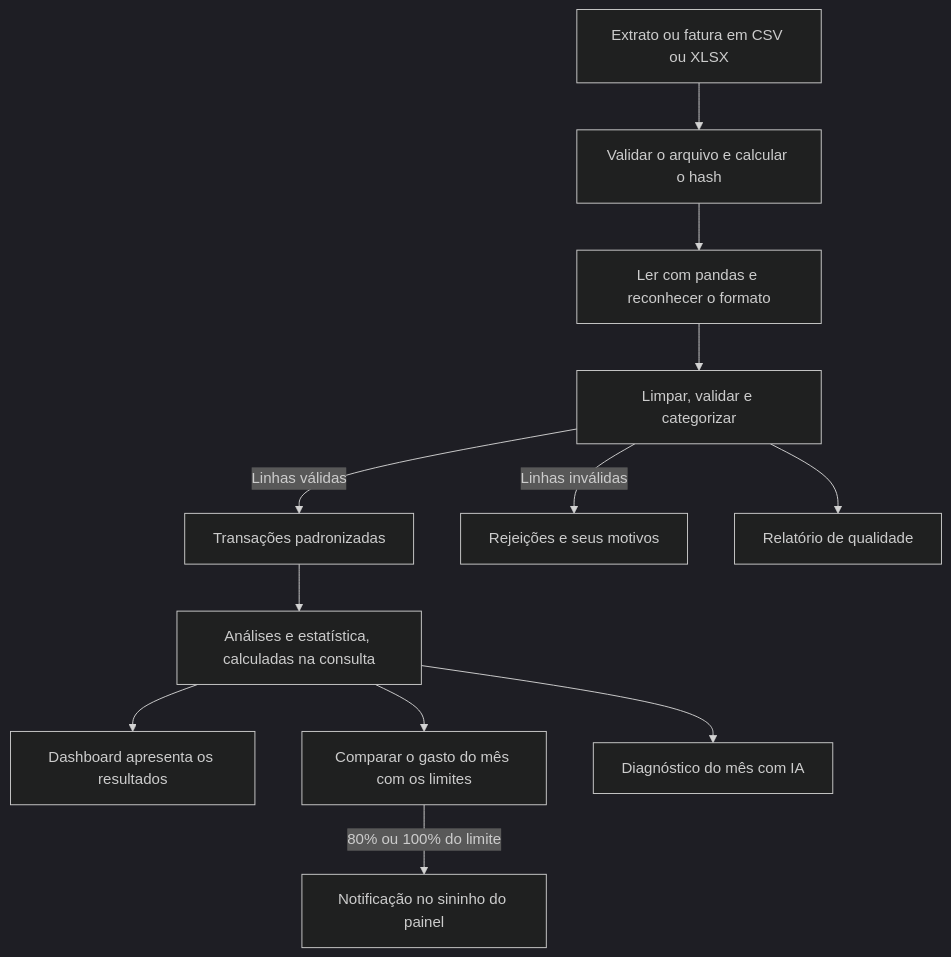
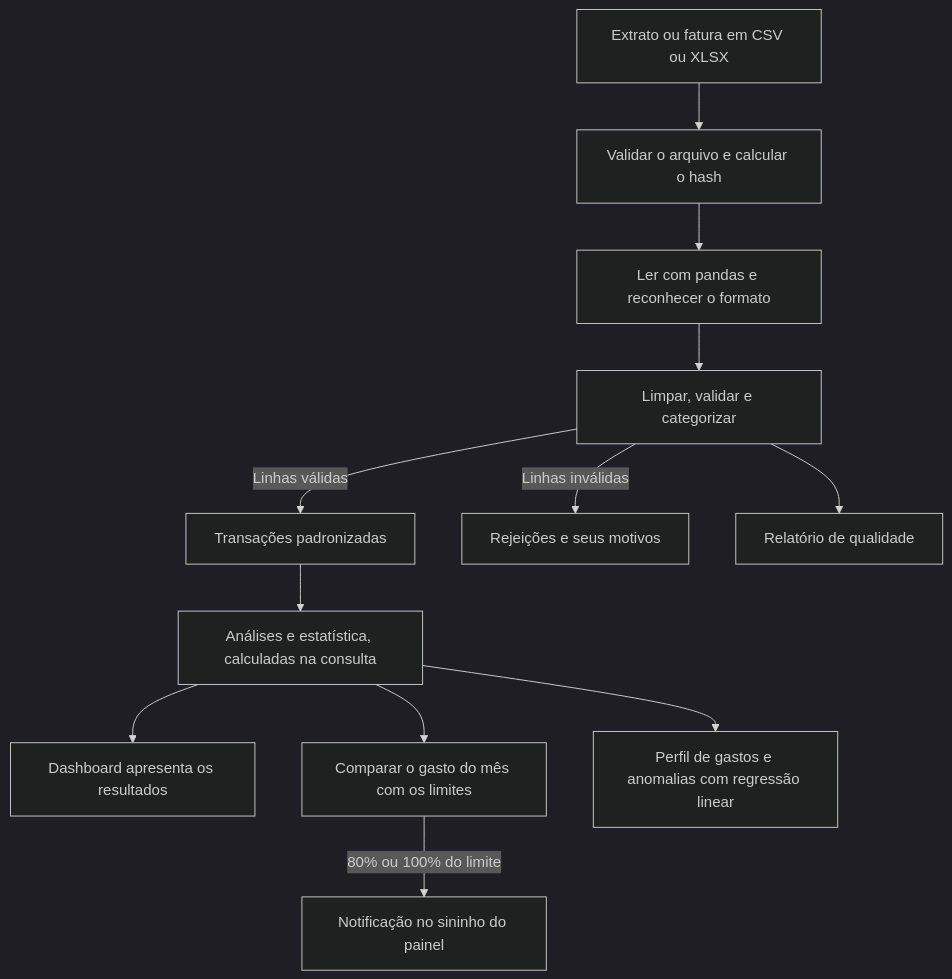
One commit to JanioRamalho/gerenCIA changed the second of 2 diagrams in docs/arquitetura.md. Above: the diagram before and after it, drawn with Mermaid (dark theme). The commit also changed other lines of this file, not shown here.

Commit message:
Atualiza o mapa da arquitetura com perfil de gastos e módulos implementados

````diff
--- a/docs/arquitetura.md
+++ b/docs/arquitetura.md
@@ -54,14 +53,14 @@
 ```mermaid
 flowchart TD
     file["Extrato ou fatura em CSV ou XLSX"] --> upload["Validar o arquivo e calcular o hash"]
     upload --> read["Ler com pandas e reconhecer o formato"]
     read --> treatment["Limpar, validar e categorizar"]
     treatment -->|"Linhas válidas"| transactions["Transações padronizadas"]
     treatment -->|"Linhas inválidas"| rejected["Rejeições e seus motivos"]
     treatment --> quality["Relatório de qualidade"]
     transactions --> analytics["Análises e estatística, calculadas na consulta"]
     analytics --> dashboard["Dashboard apresenta os resultados"]
     analytics --> limits["Comparar o gasto do mês com os limites"]
     limits -->|"80% ou 100% do limite"| bell["Notificação no sininho do painel"]
-    analytics --> ai["Diagnóstico do mês com IA"]
+    analytics --> ai["Perfil de gastos e anomalias com regressão linear"]
 ```
````
